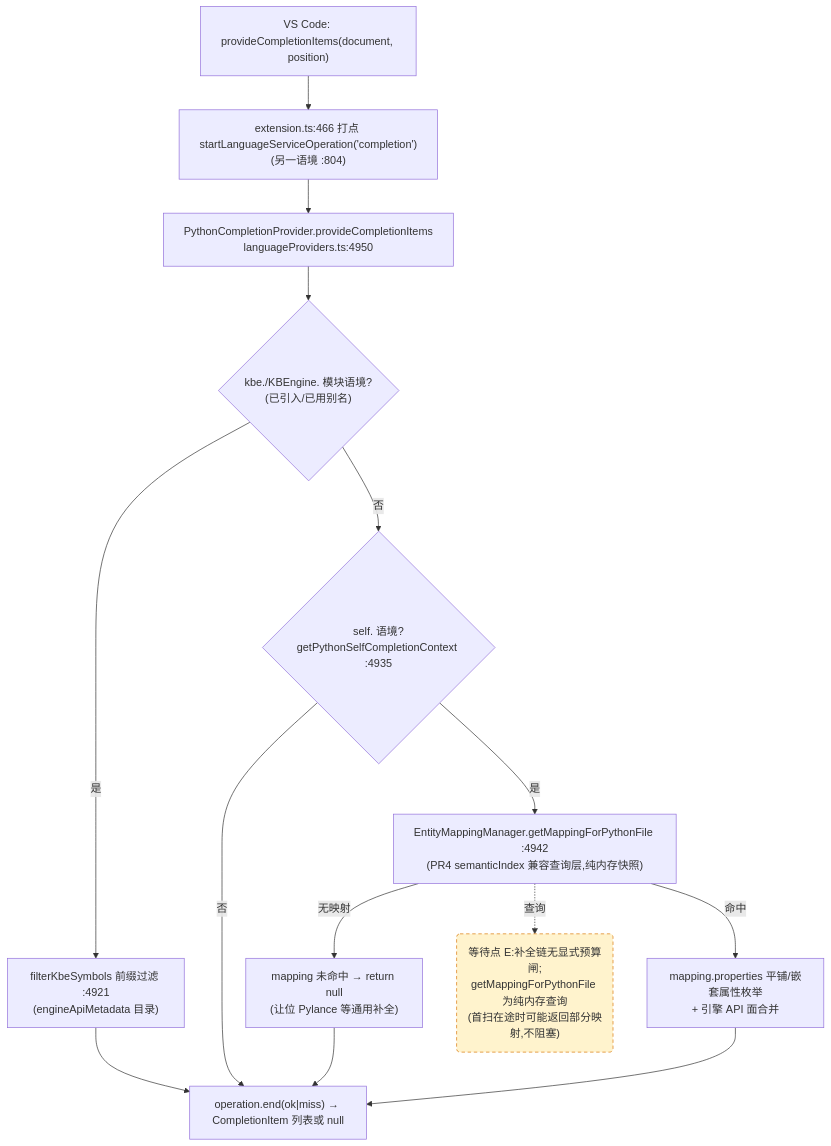
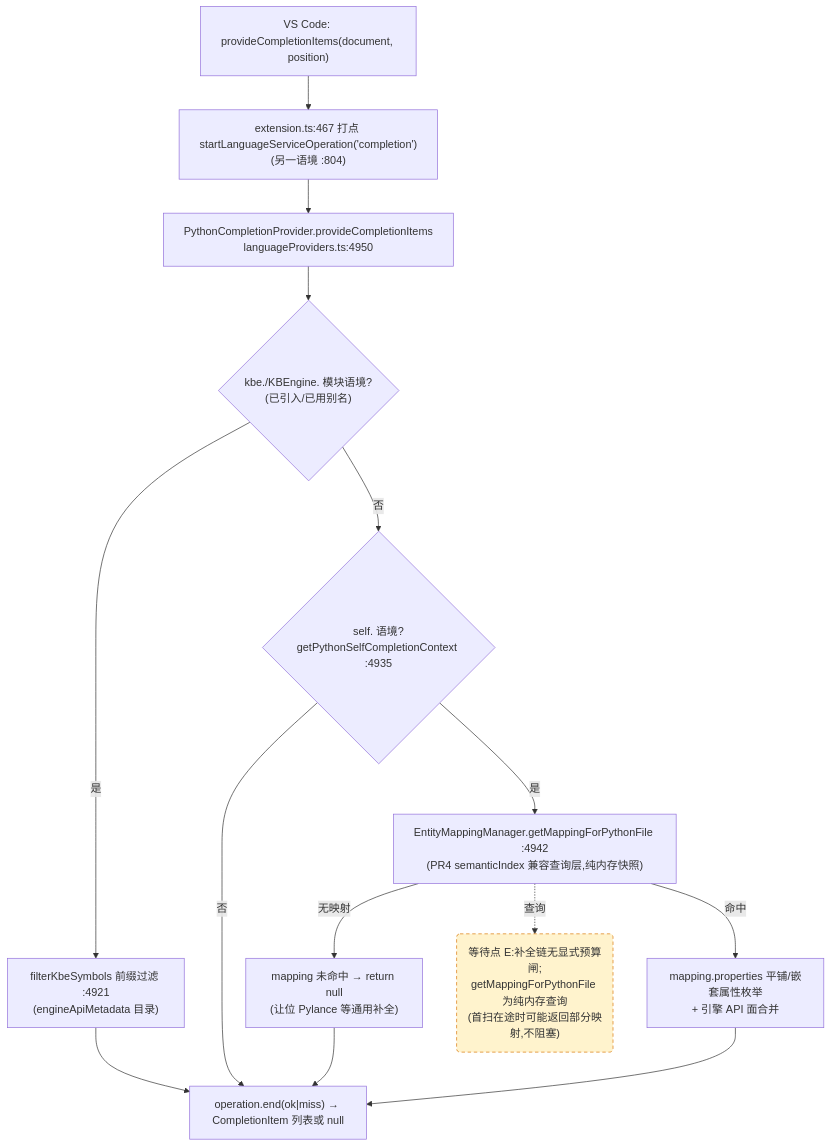
Before and after one commit to cuihairu/kode: the third of 4 diagrams in docs/perf/2026-baseline.md, drawn with Mermaid. The commit also changed other lines of this file and 5 other files, not shown here.

````diff
--- a/docs/perf/2026-baseline.md
+++ b/docs/perf/2026-baseline.md
@@ -184,27 +184,27 @@
 ```mermaid
 flowchart TD
   VC3["VS Code: provideCompletionItems(document, position)"]
-  M3["extension.ts:466 打点 startLanguageServiceOperation('completion')<br/>(另一语境 :804)"]
+  M3["extension.ts:467 打点 startLanguageServiceOperation('completion')<br/>(另一语境 :804)"]
   CP["PythonCompletionProvider.provideCompletionItems<br/>languageProviders.ts:4950"]
   KBEC{"kbe./KBEngine. 模块语境?<br/>(已引入/已用别名)"}
   FILTER["filterKbeSymbols 前缀过滤 :4921<br/>(engineApiMetadata 目录)"]
   SELFC{"self. 语境?<br/>getPythonSelfCompletionContext :4935"}
   MAP["EntityMappingManager.getMappingForPythonFile :4942<br/>(PR4 semanticIndex 兼容查询层,纯内存快照)"]
   NOMAP["mapping 未命中 → return null<br/>(让位 Pylance 等通用补全)"]
   PROPS["mapping.properties 平铺/嵌套属性枚举<br/>+ 引擎 API 面合并"]
   END3["operation.end(ok|miss) → CompletionItem 列表或 null"]
 
   VC3 --> M3 --> CP --> KBEC
   KBEC -- "是" --> FILTER --> END3
   KBEC -- "否" --> SELFC
   SELFC -- "否" --> END3
   SELFC -- "是" --> MAP
   MAP -- "无映射" --> NOMAP --> END3
   MAP -- "命中" --> PROPS --> END3
 
   WAITE("等待点 E:补全链无显式预算闸;<br/>getMappingForPythonFile 为纯内存查询<br/>(首扫在途时可能返回部分映射,不阻塞)")
   MAP -.->|查询| WAITE
 
   classDef waitPoint fill:#fff3cd,stroke:#d97706,stroke-dasharray:5 4;
   class WAITE waitPoint;
 ```
````
